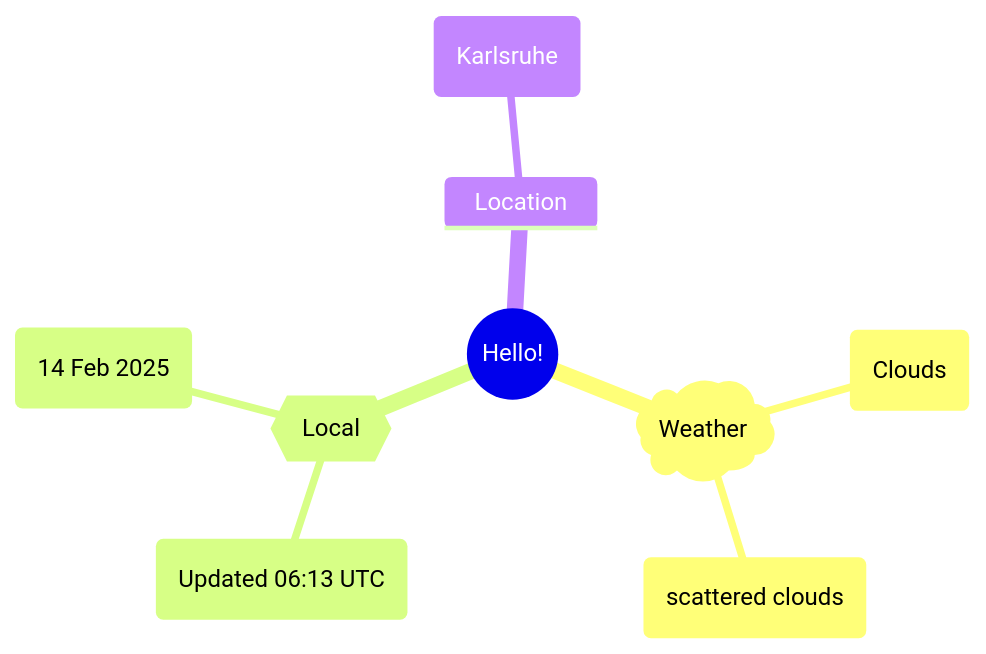
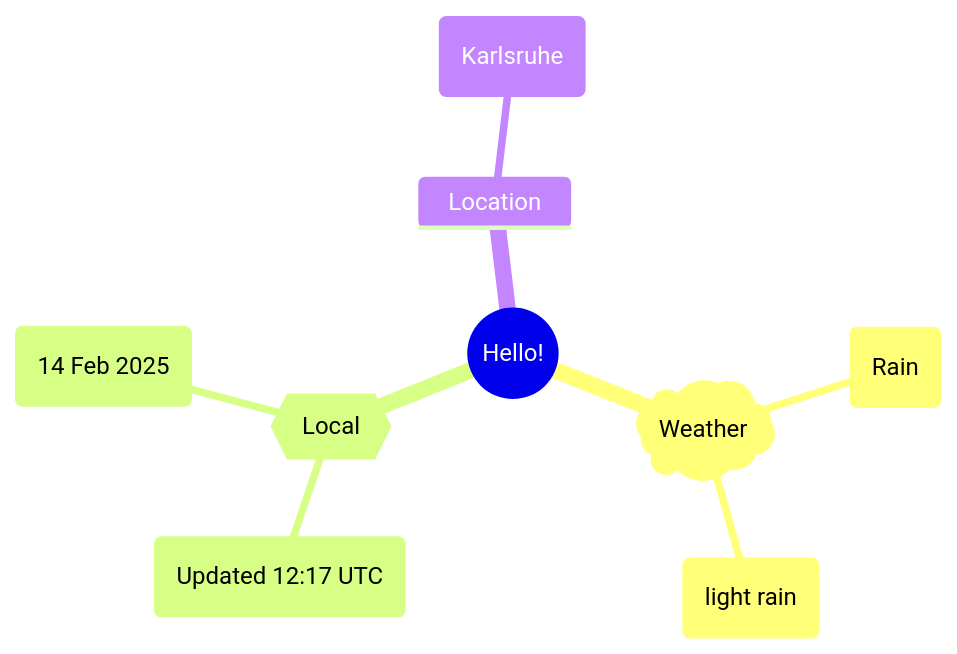
Before and after one commit to Xosrov/Xosrov: the first of 2 diagrams in README.md, drawn with Mermaid.

Commit message:
[bot] updated images

````diff
--- a/README.md
+++ b/README.md
@@ -3,12 +3,12 @@
 ```mermaid
 mindmap
   root((Hello!))
     )Weather(
-        (Clouds)
-        (scattered clouds)
+        (Rain)
+        (light rain)
     {{Local}}
-        (Updated 06:13 UTC)
+        (Updated 12:17 UTC)
         (14 Feb 2025)
     Location
         (Karlsruhe)
 ```
````
